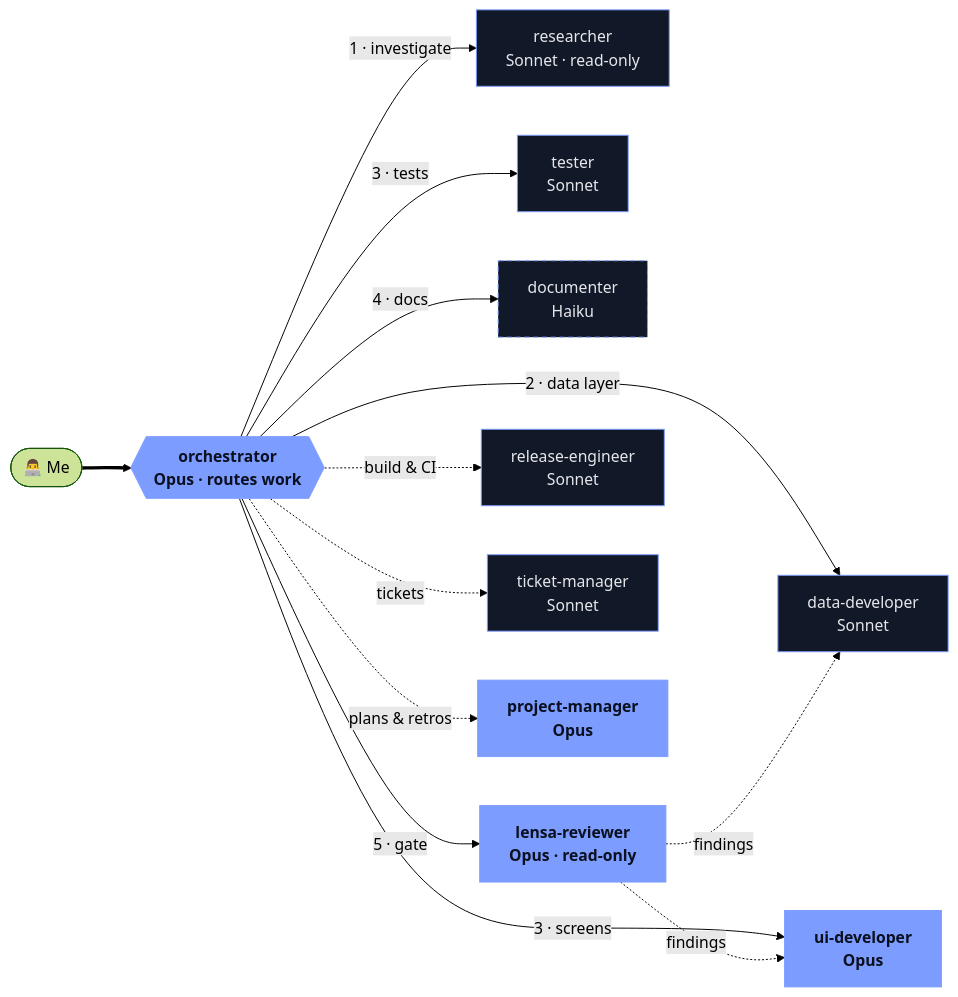
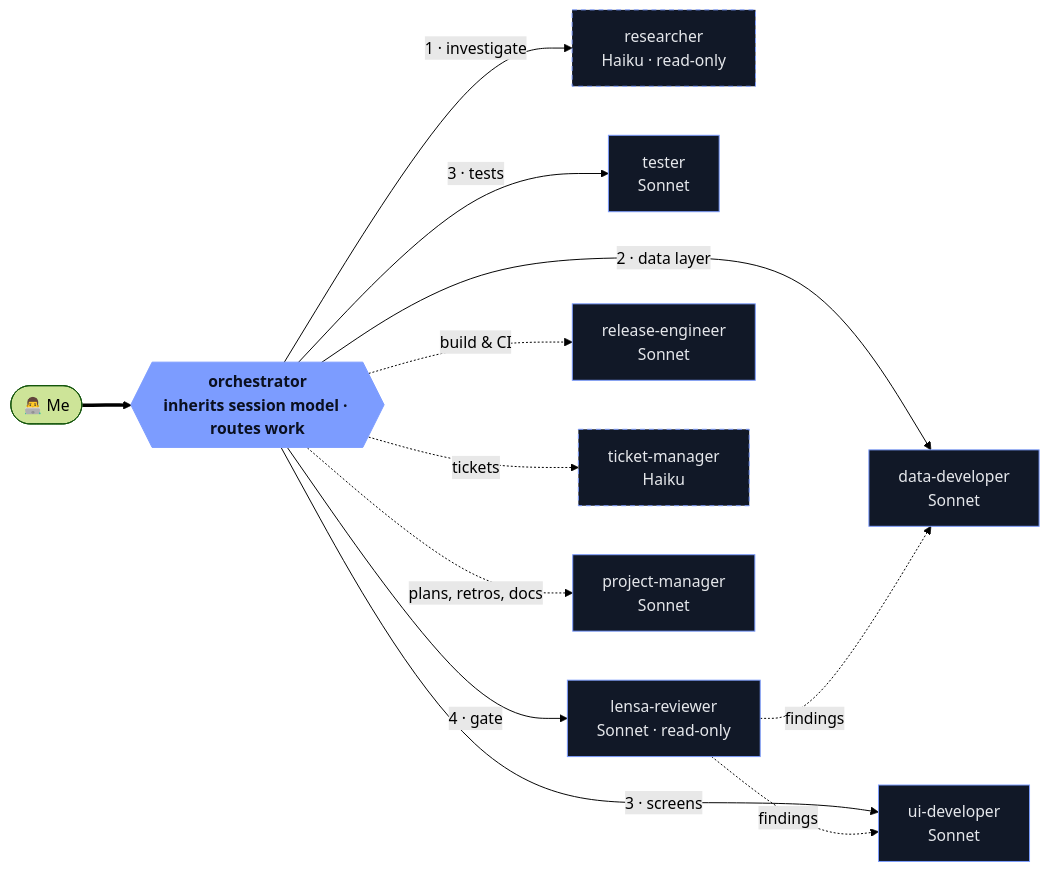
One commit to abdur-rohman/abdur-rohman changed the diagram in README.md. Above: the diagram before and after it, drawn with Mermaid (forest theme). The commit also changed other lines of this file, not shown here.

````diff
--- a/README.md
+++ b/README.md
@@ -67,22 +67,21 @@
 ```mermaid
 flowchart LR
-    Me([👨‍💻 Me]) ==> O{{orchestrator<br/>Opus · routes work}}:::opus
+    Me([👨‍💻 Me]) ==> O{{orchestrator<br/>inherits session model · routes work}}:::opus
 
-    O -->|1 · investigate| R[researcher<br/>Sonnet · read-only]:::sonnet
+    O -->|1 · investigate| R[researcher<br/>Haiku · read-only]:::haiku
     O -->|2 · data layer| DD[data-developer<br/>Sonnet]:::sonnet
-    O -->|3 · screens| UI[ui-developer<br/>Opus]:::opus
+    O -->|3 · screens| UI[ui-developer<br/>Sonnet]:::sonnet
     O -->|3 · tests| T[tester<br/>Sonnet]:::sonnet
-    O -->|4 · docs| DOC[documenter<br/>Haiku]:::haiku
-    O -->|5 · gate| L[lensa-reviewer<br/>Opus · read-only]:::opus
+    O -->|4 · gate| L[lensa-reviewer<br/>Sonnet · read-only]:::sonnet
 
     O -.->|build & CI| RE[release-engineer<br/>Sonnet]:::sonnet
-    O -.->|tickets| TM[ticket-manager<br/>Sonnet]:::sonnet
-    O -.->|plans & retros| PM[project-manager<br/>Opus]:::opus
+    O -.->|tickets| TM[ticket-manager<br/>Haiku]:::haiku
+    O -.->|plans, retros, docs| PM[project-manager<br/>Sonnet]:::sonnet
 
     L -. findings .-> UI
     L -. findings .-> DD
 
     classDef opus fill:#7c9cff,stroke:#7c9cff,color:#0b1020,font-weight:bold
     classDef sonnet fill:#111827,stroke:#7c9cff,color:#e5e7eb
     classDef haiku fill:#111827,stroke:#7c9cff,color:#e5e7eb,stroke-dasharray:5 4
 ```
````
